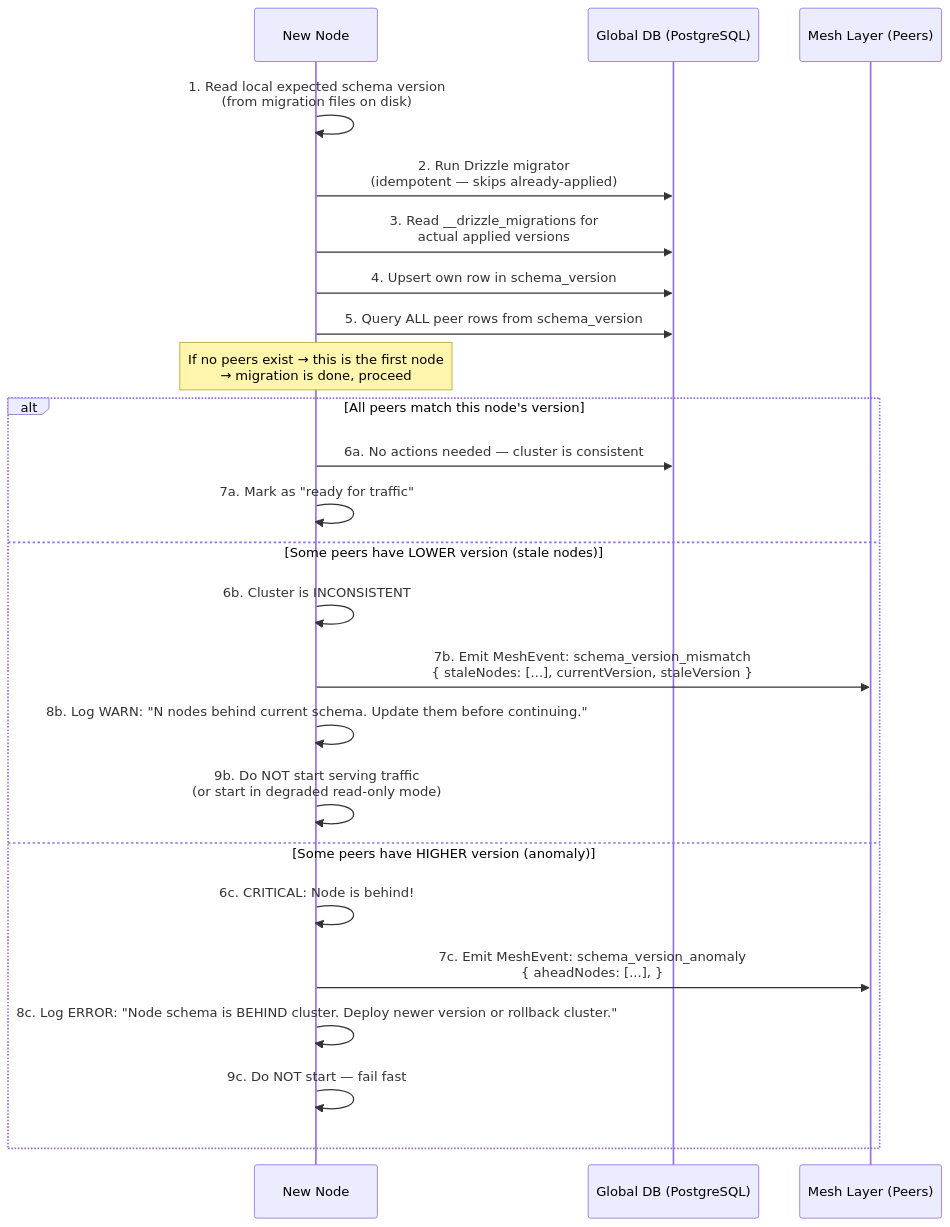
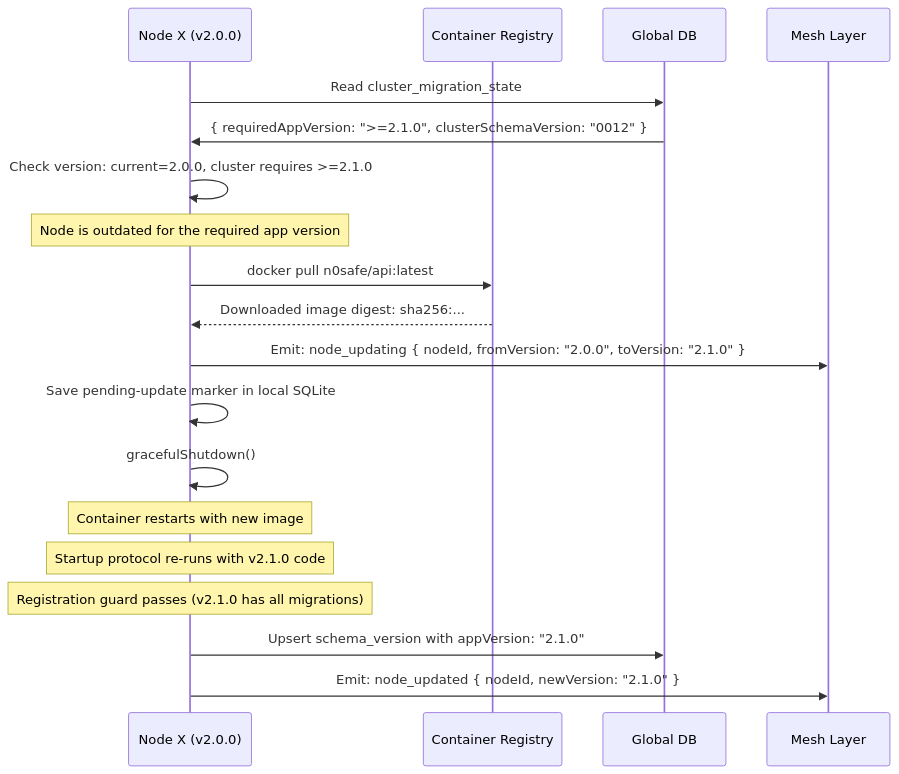
One commit to N0SAFE/deployer changed the fourth of 5 diagrams in apps/doc/content/docs/dev/global-db-migration-management.mdx. Above: the diagram before and after it, drawn with Mermaid. The commit also changed other lines of this file and 4 other files, not shown here.

````diff
--- a/apps/doc/content/docs/dev/global-db-migration-management.mdx
+++ b/apps/doc/content/docs/dev/global-db-migration-management.mdx
@@ -356,29 +704,26 @@
 ```mermaid
 sequenceDiagram
-    participant Node as New Node
-    participant GlobalDB as Global DB (PostgreSQL)
-    participant Mesh as Mesh Layer (Peers)
+    participant Node as Node X (v2.0.0)
+    participant Registry as Container Registry
+    participant DB as Global DB
+    participant Mesh as Mesh Layer
 
-    Node->>Node: 1. Read local expected schema version<br/>(from migration files on disk)
-    Node->>GlobalDB: 2. Run Drizzle migrator<br/>(idempotent — skips already-applied)
-    Node->>GlobalDB: 3. Read __drizzle_migrations for<br/>actual applied versions
-    Node->>GlobalDB: 4. Upsert own row in schema_version
-
-    Node->>GlobalDB: 5. Query ALL peer rows from schema_version
-    Note over Node: If no peers exist → this is the first node<br/>→ migration is done, proceed
-
-    alt All peers match this node's version
-        Node->>GlobalDB: 6a. No actions needed — cluster is consistent
-        Node->>Node: 7a. Mark as "ready for traffic"
-    else Some peers have LOWER version (stale nodes)
-        Node->>Node: 6b. Cluster is INCONSISTENT
-        Node->>Mesh: 7b. Emit MeshEvent: schema_version_mismatch<br/>{ staleNodes: [...], currentVersion, staleVersion }
-        Node->>Node: 8b. Log WARN: "N nodes behind current schema. Update them before continuing."
-        Node->>Node: 9b. Do NOT start serving traffic<br/>(or start in degraded read-only mode)
-    else Some peers have HIGHER version (anomaly)
-        Node->>Node: 6c. CRITICAL: Node is behind!
-        Node->>Mesh: 7c. Emit MeshEvent: schema_version_anomaly<br/>{ aheadNodes: [...], }
-        Node->>Node: 8c. Log ERROR: "Node schema is BEHIND cluster. Deploy newer version or rollback cluster."
-        Node->>Node: 9c. Do NOT start — fail fast
-    end
+    Node->>DB: Read cluster_migration_state
+    DB->>Node: { requiredAppVersion: ">=2.1.0", clusterSchemaVersion: "0012" }
+    
+    Node->>Node: Check version: current=2.0.0, cluster requires >=2.1.0
+    Note over Node: Node is outdated for the required app version
+    
+    Node->>Registry: docker pull n0safe/api:latest
+    Registry-->>Node: Downloaded image digest: sha256:...
+    
+    Node->>Mesh: Emit: node_updating { nodeId, fromVersion: "2.0.0", toVersion: "2.1.0" }
+    Node->>Node: Save pending-update marker in local SQLite
+    Node->>Node: gracefulShutdown()
+    
+    Note over Node: Container restarts with new image
+    Note over Node: Startup protocol re-runs with v2.1.0 code
+    Note over Node: Registration guard passes (v2.1.0 has all migrations)
+    Node->>DB: Upsert schema_version with appVersion: "2.1.0"
+    Node->>Mesh: Emit: node_updated { nodeId, newVersion: "2.1.0" }
 ```
````
